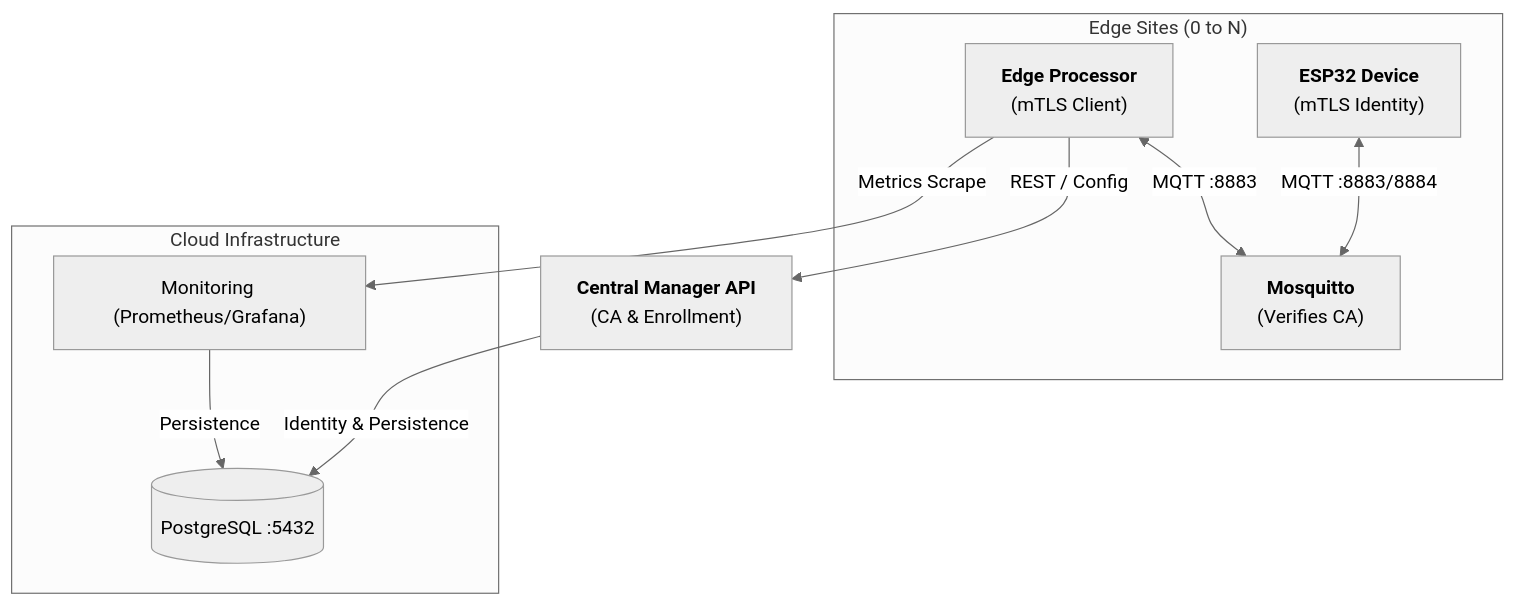
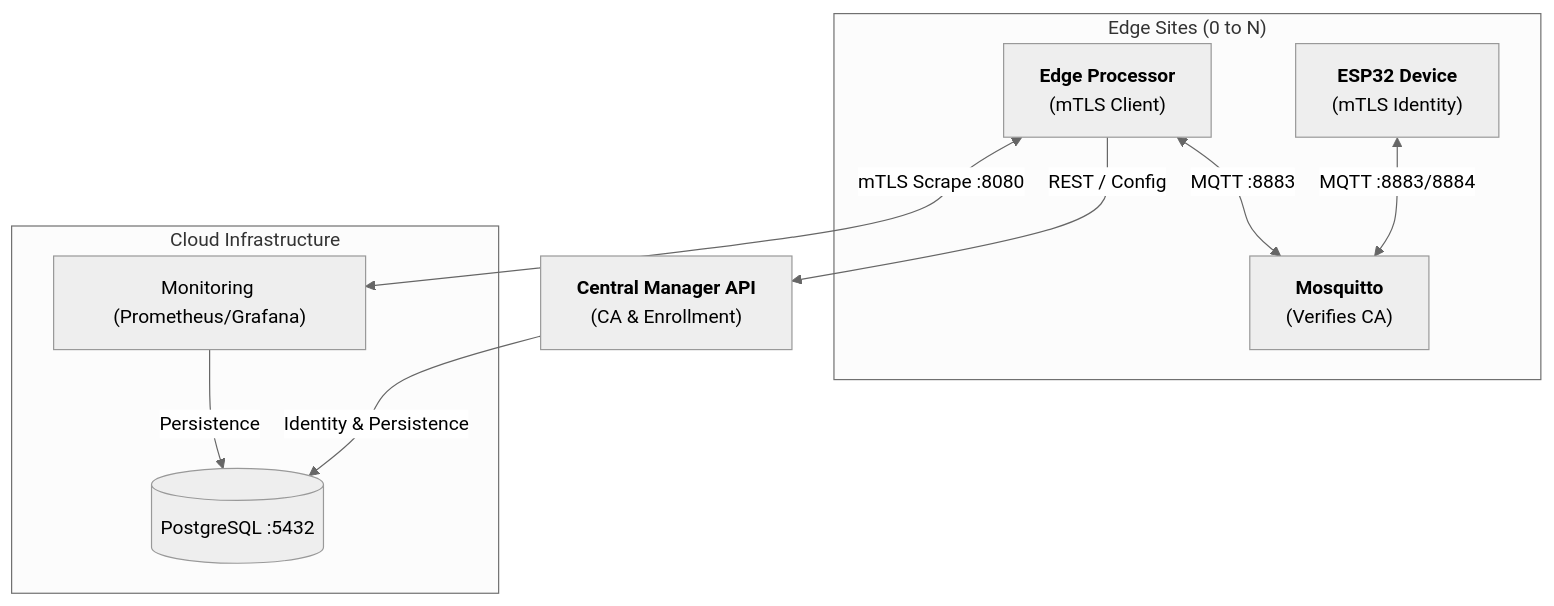
The first of 2 diagrams in Project/readme.md (PEEMAI2004/CPE475), drawn with Mermaid (neutral theme) before and after one commit. The commit also changed other lines of this file and 8 other files, not shown here.

Commit message:
feat: implement mTLS-based node authentication and update deployment documentation with security hardening and monitoring infrastructure.

````diff
--- a/Project/readme.md
+++ b/Project/readme.md
@@ -24,18 +24,18 @@
 ```mermaid
 graph TD
     subgraph "Edge Sites (0 to N)"
         ESP32["<b>ESP32 Device</b><br/>(mTLS Identity)"] <-->|MQTT :8883/8884| Broker["<b>Mosquitto</b><br/>(Verifies CA)"]
         Node["<b>Edge Processor</b><br/>(mTLS Client)"] <-->|MQTT :8883| Broker
     end
 
     Node -- "REST / Config" --> Manager["<b>Central Manager API</b><br/>(CA & Enrollment)"]
     
     subgraph "Cloud Infrastructure"
         DB[(PostgreSQL :5432)]
         Vis["Monitoring (Prometheus/Grafana)"]
     end
 
     Manager -- "Identity & Persistence" --> DB
-    Node -- "Metrics Scrape" --> Vis
+    Node <-->|mTLS Scrape :8080| Vis
     Vis -- "Persistence" --> DB
 ```
````
